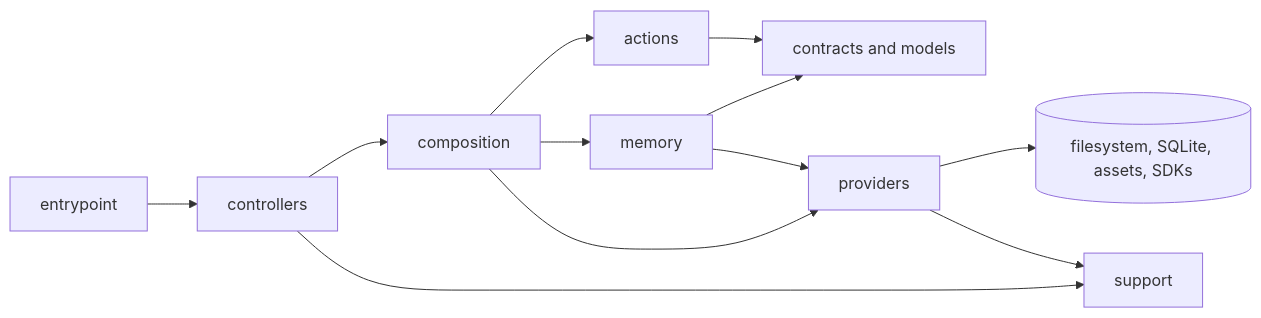
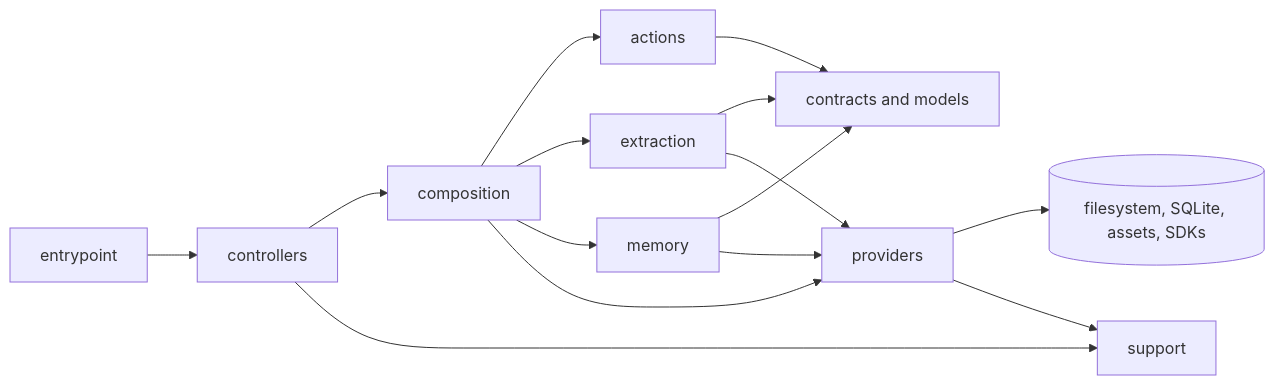
Before and after one commit to konteks/cli: the diagram in docs/development/directory-structure.md, drawn with Mermaid. The commit also changed other lines of this file and 10 other files, not shown here.

````diff
--- a/docs/development/directory-structure.md
+++ b/docs/development/directory-structure.md
@@ -38,14 +40,17 @@
 ```mermaid
 graph LR
     E[entrypoint] --> C[controllers]
     C --> X[composition]
     X --> A[actions]
+    X --> G[extraction]
     X --> M[memory]
     A --> K[contracts and models]
+    G --> K
     M --> K
     X --> P[providers]
+    G --> P
     M --> P
     P --> R[(filesystem, SQLite, assets, SDKs)]
     C --> S[support]
     P --> S
 ```
````
